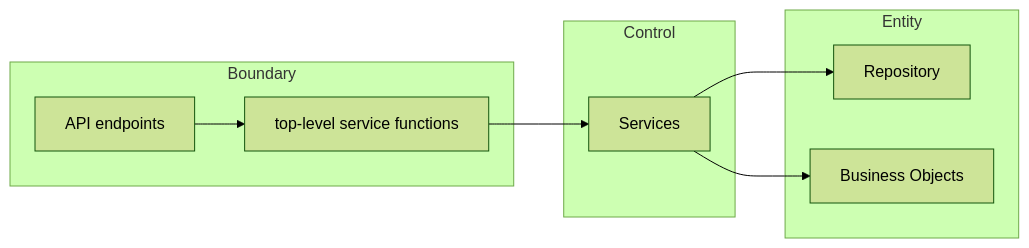
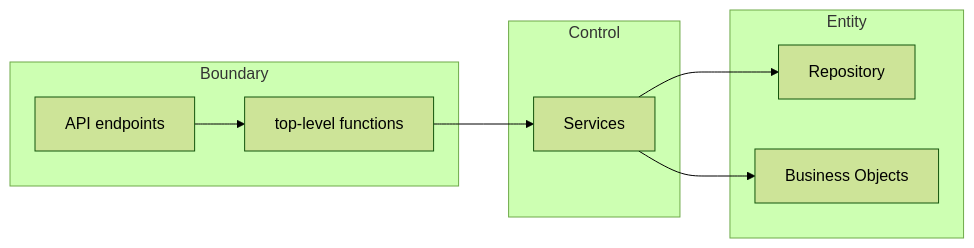
One commit to krother/rest-api-tutorial changed the diagram in 07-bce/README.rst. Above: the diagram before and after it, drawn with Mermaid (forest theme).

```diff
--- a/07-bce/README.rst
+++ b/07-bce/README.rst
@@ -13,19 +13,19 @@
 .. mermaid::
 
    flowchart LR
        subgraph Boundary
            A[API endpoints]
-           B[top-level service functions]
+           B[top-level functions]
        end
        subgraph Control
            C[Services]
        end
        subgraph Entity
            D[Repository]
            E[Business Objects]
        end
 
        A --> B
        B --> C
        C --> D
        C --> E
```
